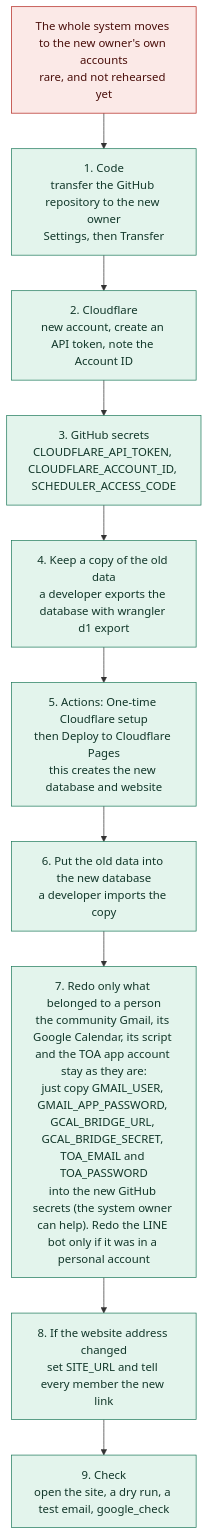
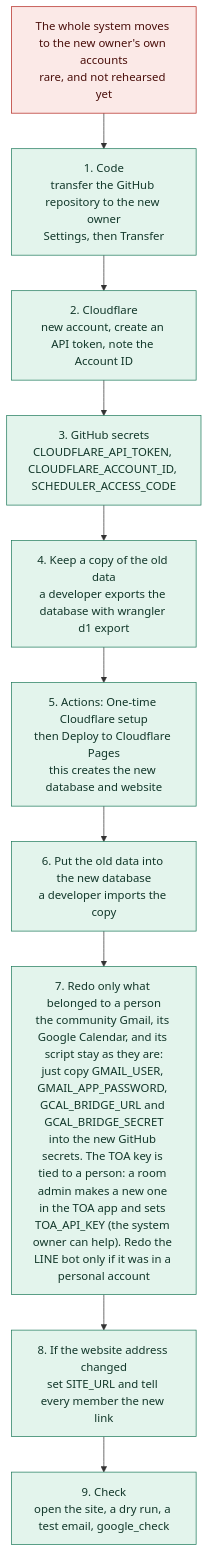
The diagram in public/flows/handover-move.mmd (mushaffarasyidridha/Jumat-Scheduler-NAIST), drawn with Mermaid before and after one commit. The commit also changed 14 other files, not shown here.

First line of the commit message:
TOA: use TOA's own scheduler API with an integration key

```diff
--- a/public/flows/handover-move.mmd
+++ b/public/flows/handover-move.mmd
@@ -1,15 +1,15 @@
 flowchart TD
   A["The whole system moves to the new owner's own accounts<br/>rare, and not rehearsed yet"] --> B["1. Code<br/>transfer the GitHub repository to the new owner<br/>Settings, then Transfer"]
   B --> C["2. Cloudflare<br/>new account, create an API token, note the Account ID"]
   C --> D["3. GitHub secrets<br/>CLOUDFLARE_API_TOKEN, CLOUDFLARE_ACCOUNT_ID, SCHEDULER_ACCESS_CODE"]
   D --> E["4. Keep a copy of the old data<br/>a developer exports the database with wrangler d1 export"]
   E --> F["5. Actions: One-time Cloudflare setup<br/>then Deploy to Cloudflare Pages<br/>this creates the new database and website"]
   F --> G["6. Put the old data into the new database<br/>a developer imports the copy"]
-  G --> H["7. Redo only what belonged to a person<br/>the community Gmail, its Google Calendar, its script and the TOA app account stay as they are:<br/>just copy GMAIL_USER, GMAIL_APP_PASSWORD, GCAL_BRIDGE_URL, GCAL_BRIDGE_SECRET, TOA_EMAIL and TOA_PASSWORD<br/>into the new GitHub secrets (the system owner can help). Redo the LINE bot only if it was in a personal account"]
+  G --> H["7. Redo only what belonged to a person<br/>the community Gmail, its Google Calendar, and its script stay as they are:<br/>just copy GMAIL_USER, GMAIL_APP_PASSWORD, GCAL_BRIDGE_URL and GCAL_BRIDGE_SECRET<br/>into the new GitHub secrets. The TOA key is tied to a person: a room admin makes a new one in the TOA app and sets TOA_API_KEY (the system owner can help). Redo the LINE bot only if it was in a personal account"]
   H --> I["8. If the website address changed<br/>set SITE_URL and tell every member the new link"]
   I --> J["9. Check<br/>open the site, a dry run, a test email, google_check"]
 
   classDef admin fill:#e3f4ec,stroke:#1f7a5c,color:#12372a
   classDef warn fill:#fbe9e7,stroke:#b3261e,color:#4a0f0b
   class A warn
   class B,C,D,E,F,G,H,I,J admin
```
